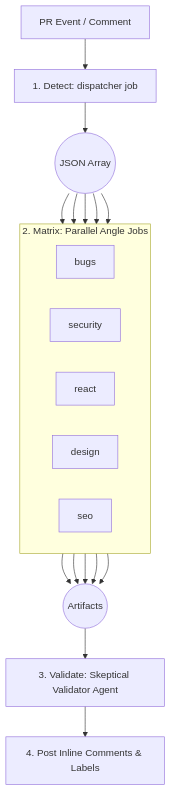
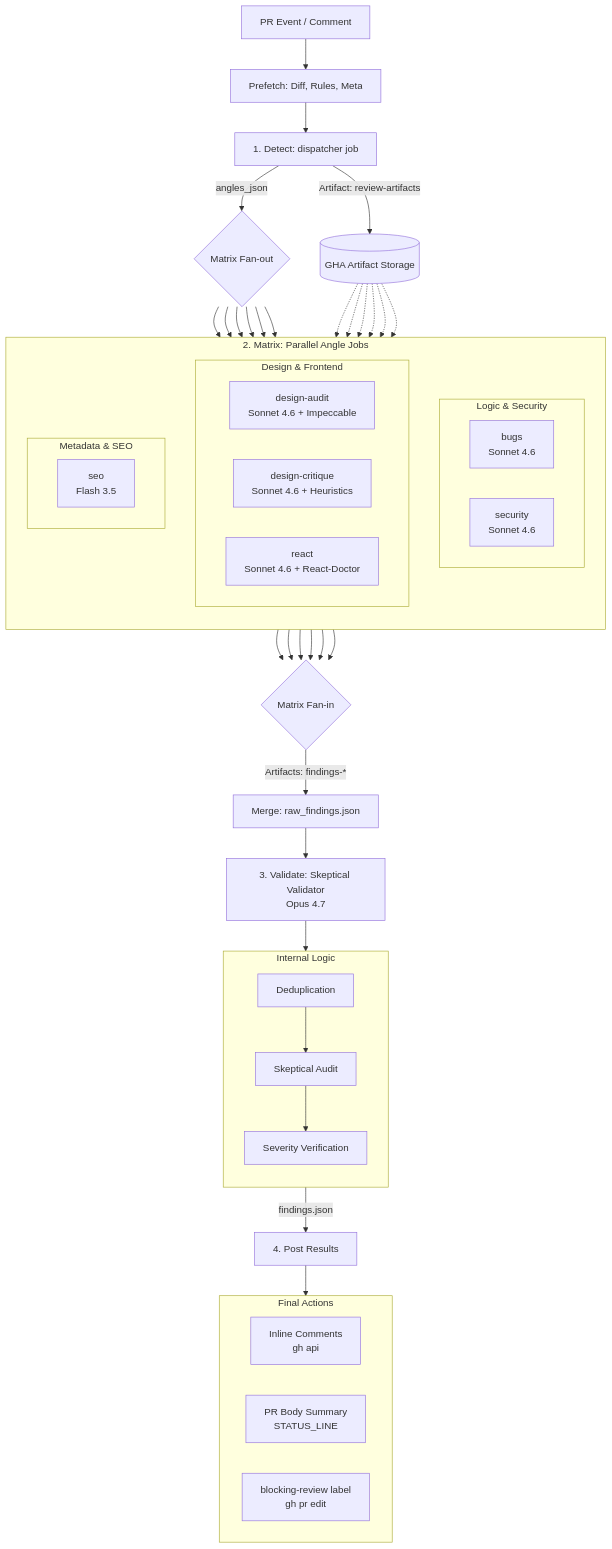
Before and after one commit to howarewoo/woo-review: the diagram in README.md, drawn with Mermaid.

Commit message:
docs: highly detailed mermaid diagram of parallel architecture

````diff
--- a/README.md
+++ b/README.md
@@ -13,30 +13,78 @@
 ```mermaid
 graph TD
-    Trigger[PR Event / Comment] --> Detect[1. Detect: dispatcher job]
+    %% Stage 1: Detection
+    Trigger[PR Event / Comment] --> Prefetch[Prefetch: Diff, Rules, Meta]
+    Prefetch --> Detect[1. Detect: dispatcher job]
     
-    Detect --> JSON_Array((JSON Array))
+    Detect -- "angles_json" --> Matrix_Start{Matrix Fan-out}
+    Detect -- "Artifact: review-artifacts" --> Storage[(GHA Artifact Storage)]
+
+    %% Stage 2: Parallel Matrix
+    subgraph Parallel_Audits [2. Matrix: Parallel Angle Jobs]
+        direction TB
+        
+        subgraph Logic_Audits [Logic & Security]
+            direction LR
+            Bugs[bugs<br/>Sonnet 4.6]
+            Security[security<br/>Sonnet 4.6]
+        end
+        
+        subgraph UI_UX_Audits [Design & Frontend]
+            direction LR
+            D_Audit[design-audit<br/>Sonnet 4.6 + Impeccable]
+            D_Critique[design-critique<br/>Sonnet 4.6 + Heuristics]
+            React[react<br/>Sonnet 4.6 + React-Doctor]
+        end
+        
+        subgraph Speed_Audits [Metadata & SEO]
+            direction LR
+            SEO[seo<br/>Flash 3.5]
+        end
+    end
+
+    Matrix_Start --> Bugs
+    Matrix_Start --> Security
+    Matrix_Start --> D_Audit
+    Matrix_Start --> D_Critique
+    Matrix_Start --> React
+    Matrix_Start --> SEO
     
-    JSON_Array --> Angle_Bugs
-    JSON_Array --> Angle_Security
-    JSON_Array --> Angle_React
-    JSON_Array --> Angle_Design
-    JSON_Array --> Angle_SEO
+    Storage -.-> Bugs
+    Storage -.-> Security
+    Storage -.-> D_Audit
+    Storage -.-> D_Critique
+    Storage -.-> React
+    Storage -.-> SEO
 
-    subgraph Parallel_Audits [2. Matrix: Parallel Angle Jobs]
-        direction LR
-        Angle_Bugs[bugs]
-        Angle_Security[security]
-        Angle_React[react]
-        Angle_Design[design]
-        Angle_SEO[seo]
+    %% Stage 3: Fan-in & Validation
+    Bugs --> Findings_Group
+    Security --> Findings_Group
+    D_Audit --> Findings_Group
+    D_Critique --> Findings_Group
+    React --> Findings_Group
+    SEO --> Findings_Group
+
+    Findings_Group{Matrix Fan-in} -- "Artifacts: findings-*" --> Merge[Merge: raw_findings.json]
+    
+    Merge --> Validate[3. Validate: Skeptical Validator<br/>Opus 4.7]
+    
+    subgraph Validator_Internal [Internal Logic]
+        direction TB
+        Dedupe[Deduplication] --> Skeptical[Skeptical Audit]
+        Skeptical --> Severity[Severity Verification]
     end
     
-    Angle_Bugs --> Artifacts((Artifacts))
-    Angle_Security --> Artifacts
-    Angle_React --> Artifacts
-    Angle_Design --> Artifacts
-    Angle_SEO --> Artifacts
+    Validate --> Validator_Internal
 
-    Artifacts --> Validate[3. Validate: Skeptical Validator Agent]
-    Validate --> Post[4. Post Inline Comments & Labels]
+    %% Stage 4: Output
+    Validator_Internal -- "findings.json" --> Post[4. Post Results]
+    
+    subgraph Output_Actions [Final Actions]
+        direction LR
+        Comments[Inline Comments<br/>gh api]
+        Status[PR Body Summary<br/>STATUS_LINE]
+        Labels[blocking-review label<br/>gh pr edit]
+    end
+    
+    Post --> Output_Actions
 ```
````
